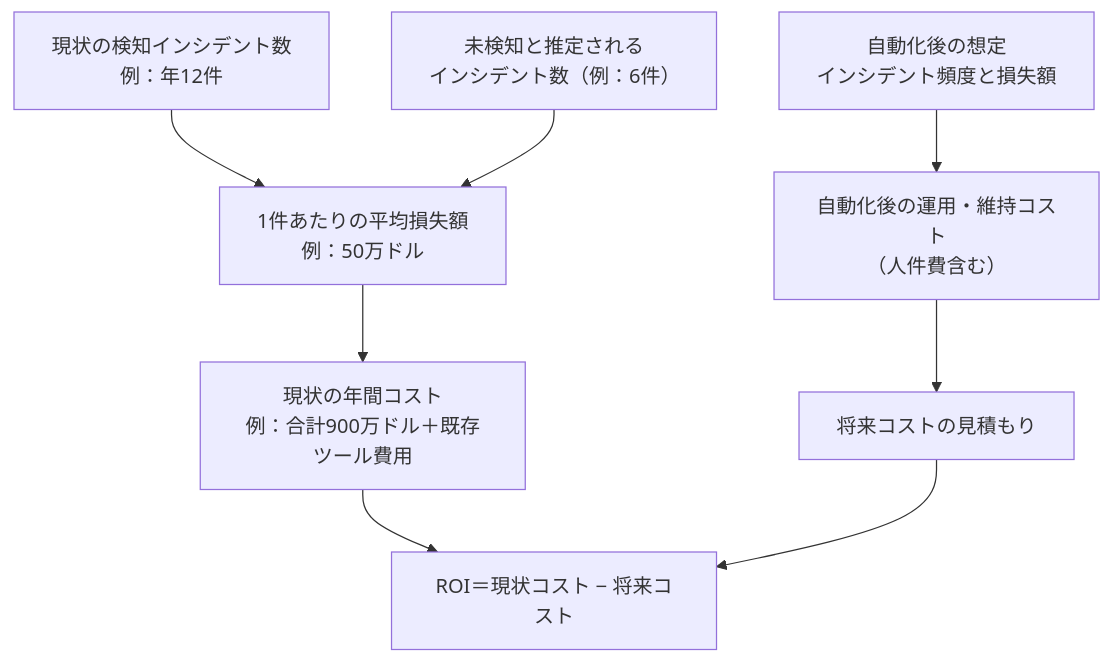
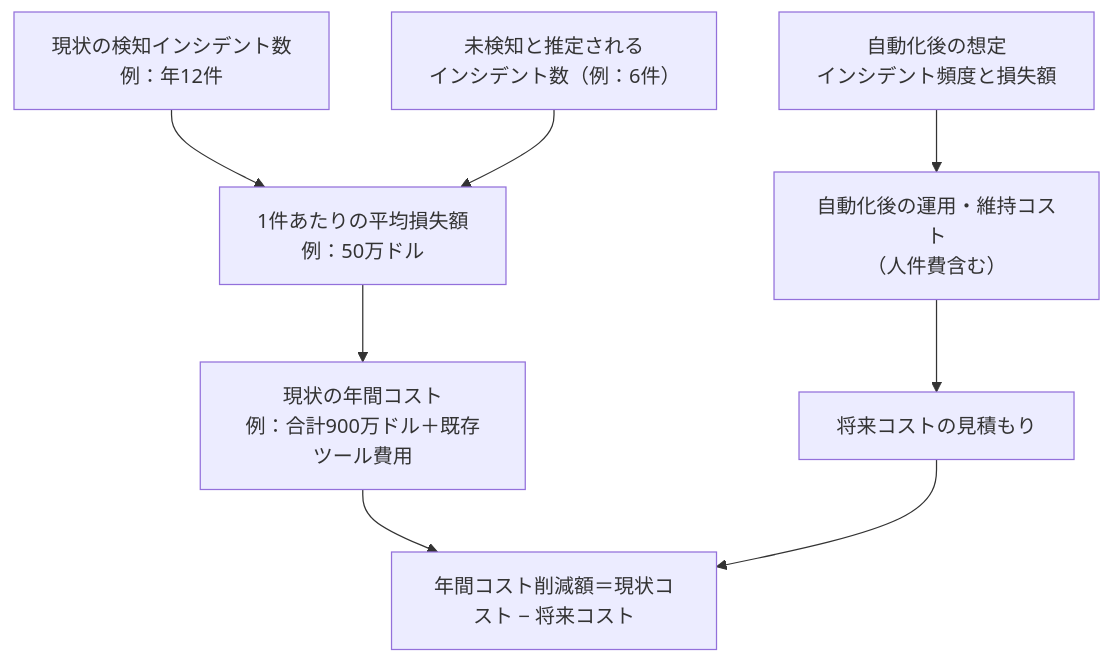
Before and after one commit to myoshi2891/Quality-Assurance-Studies: the fifth of 13 diagrams in Automating-data-quality-monitoring-guide.md, drawn with Mermaid. The commit also changed other lines of this file, not shown here.

Commit message:
docs(data-quality): fix ROI formula label and format external documentation links

````diff
--- a/Automating-data-quality-monitoring-guide.md
+++ b/Automating-data-quality-monitoring-guide.md
@@ -200,10 +200,10 @@
 ```mermaid
 flowchart TD
     a["現状の検知インシデント数<br/>例：年12件"] --> b["1件あたりの平均損失額<br/>例：50万ドル"]
     c["未検知と推定される<br/>インシデント数（例：6件）"] --> b
     b --> d["現状の年間コスト<br/>例：合計900万ドル＋既存ツール費用"]
     e["自動化後の想定<br/>インシデント頻度と損失額"] --> f["自動化後の運用・維持コスト<br/>（人件費含む）"]
     f --> g["将来コストの見積もり"]
-    d --> h["ROI＝現状コスト − 将来コスト"]
+    d --> h["年間コスト削減額＝現状コスト − 将来コスト"]
     g --> h
 ```
````
